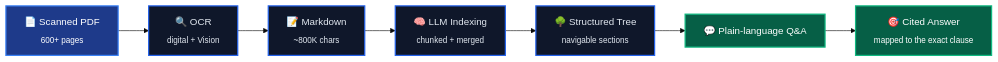
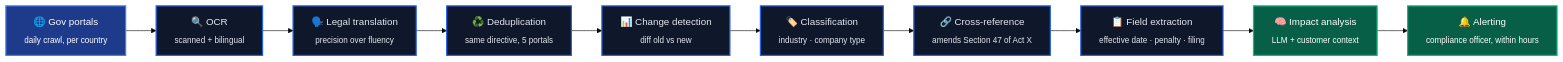
Before and after one commit to Ashish2345/Ashish2345: the first of 2 diagrams in README.md, drawn with Mermaid (base theme). The commit also changed other lines of this file and 2 other files, not shown here.

First line of the commit message:
Self-host visuals; reframe around Dafa compliance and agent layer

````diff
--- a/README.md
+++ b/README.md
@@ -24,16 +30,19 @@
 ```mermaid
 flowchart LR
-    A["📄 Scanned PDF<br/><sub>600+ pages</sub>"] --> B["🔍 OCR<br/><sub>digital + Vision</sub>"]
-    B --> C["📝 Markdown<br/><sub>~800K chars</sub>"]
-    C --> D["🧠 LLM Indexing<br/><sub>chunked + merged</sub>"]
-    D --> E["🌳 Structured Tree<br/><sub>navigable sections</sub>"]
-    E --> F["💬 Plain-language Q&A"]
-    F --> G["🎯 Cited Answer<br/><sub>mapped to the exact clause</sub>"]
+    S["🌐 Gov portals<br/><sub>daily crawl, per country</sub>"] --> O["🔍 OCR<br/><sub>scanned + bilingual</sub>"]
+    O --> T["🗣️ Legal translation<br/><sub>precision over fluency</sub>"]
+    T --> DD["♻️ Deduplication<br/><sub>same directive, 5 portals</sub>"]
+    DD --> DF["📊 Change detection<br/><sub>diff old vs new</sub>"]
+    DF --> CL["🏷️ Classification<br/><sub>industry · company type</sub>"]
+    CL --> XR["🔗 Cross-reference<br/><sub>amends Section 47 of Act X</sub>"]
+    XR --> EX["📋 Field extraction<br/><sub>effective date · penalty · filing</sub>"]
+    EX --> IA["🧠 Impact analysis<br/><sub>LLM + customer context</sub>"]
+    IA --> AL["🔔 Alerting<br/><sub>compliance officer, within hours</sub>"]
 
-    classDef inp fill:#1E3A8A,stroke:#3B82F6,stroke-width:2px,color:#fff
+    classDef src fill:#1E3A8A,stroke:#3B82F6,stroke-width:2px,color:#fff
     classDef mid fill:#0F172A,stroke:#2563EB,stroke-width:2px,color:#E2E8F0
     classDef out fill:#065F46,stroke:#10B981,stroke-width:2px,color:#fff
-    class A inp
-    class B,C,D,E mid
-    class F,G out
+    class S src
+    class O,T,DD,DF,CL,XR,EX mid
+    class IA,AL out
 ```
````
